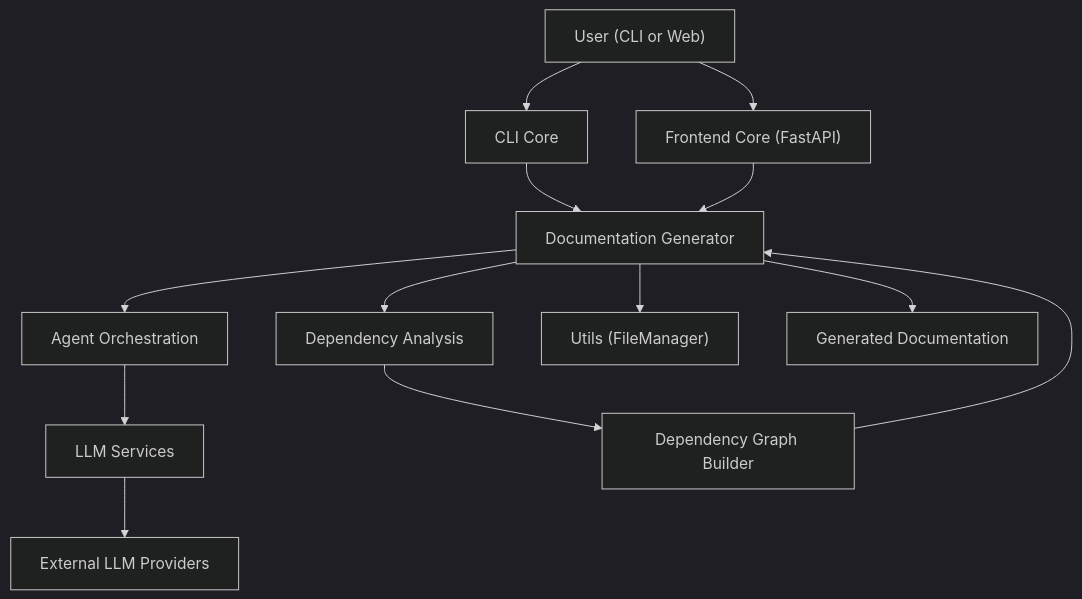
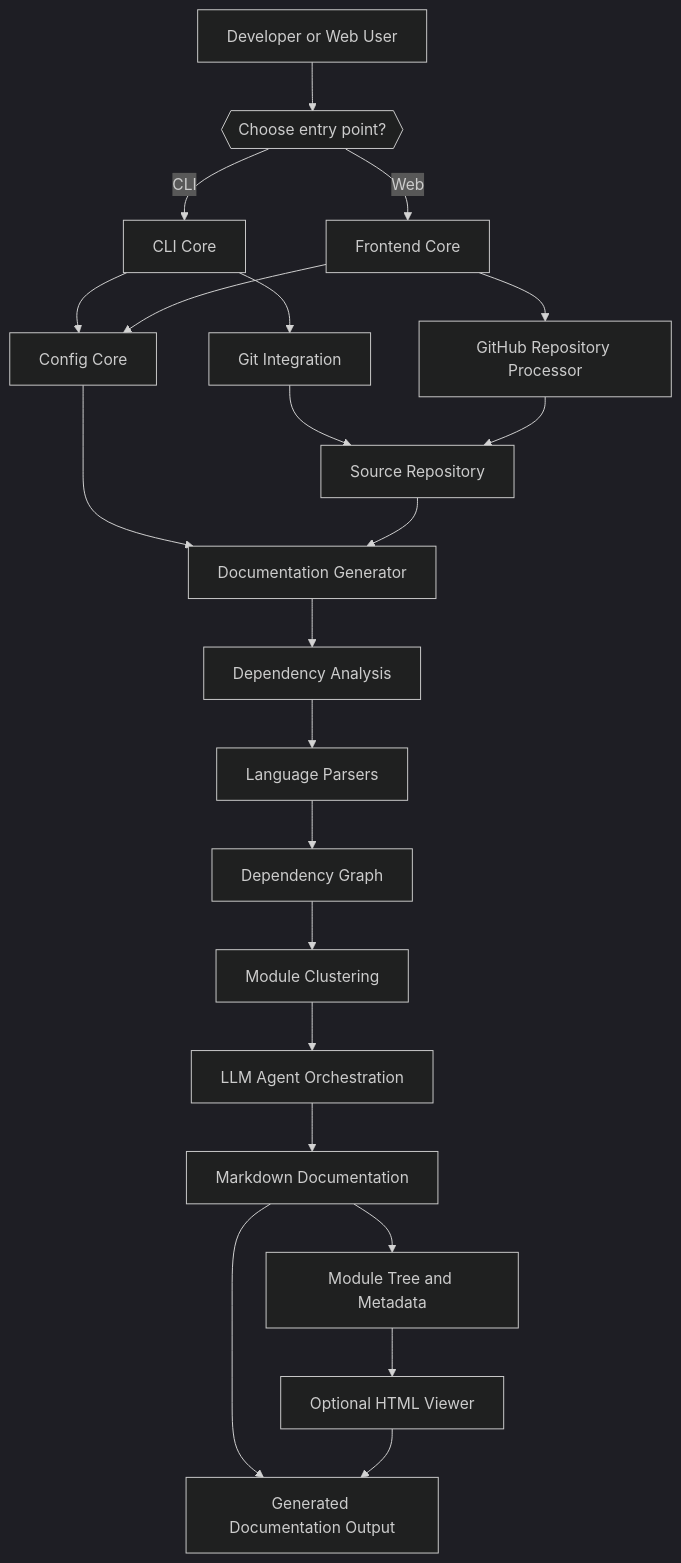
The diagram in README.md (flamingo-stack/CodeWiki), drawn with Mermaid (dark theme) before and after one commit. The commit also changed other lines of this file and 2 other files, not shown here.

Commit message:
docs: Stage 4 - Repository documentation (4 files) [skip ci]

````diff
--- a/README.md
+++ b/README.md
@@ -41,20 +114,31 @@
 ```mermaid
 flowchart TD
-    User["User (CLI or Web)"] --> CLICore["CLI Core"]
-    User --> FECore["Frontend Core (FastAPI)"]
+    User["Developer or Web User"] --> Entry{{"Choose entry point?"}}
+    Entry -->|CLI| CLI["CLI Core"]
+    Entry -->|Web| Frontend["Frontend Core"]
 
-    CLICore --> DocGen["Documentation Generator"]
-    FECore --> DocGen
+    CLI --> RuntimeConfig["Config Core"]
+    Frontend --> RuntimeConfig
 
-    DocGen --> DepAnalysis["Dependency Analysis"]
-    DocGen --> AgentOrch["Agent Orchestration"]
+    CLI --> GitOps["Git Integration"]
+    Frontend --> RepoProcessor["GitHub Repository Processor"]
 
-    AgentOrch --> LLMSvc["LLM Services"]
-    DepAnalysis --> GraphBuilder["Dependency Graph Builder"]
-    GraphBuilder --> DocGen
+    GitOps --> Source["Source Repository"]
+    RepoProcessor --> Source
 
-    DocGen --> Utils["Utils (FileManager)"]
-    DocGen --> Output["Generated Documentation"]
+    RuntimeConfig --> Generator["Documentation Generator"]
+    Source --> Generator
 
-    LLMSvc --> Provider["External LLM Providers"]
+    Generator --> Analysis["Dependency Analysis"]
+    Analysis --> Parsers["Language Parsers"]
+    Parsers --> Graph["Dependency Graph"]
+
+    Graph --> Clustering["Module Clustering"]
+    Clustering --> Agents["LLM Agent Orchestration"]
+    Agents --> Docs["Markdown Documentation"]
+
+    Docs --> Metadata["Module Tree and Metadata"]
+    Metadata --> HTML["Optional HTML Viewer"]
+    Docs --> Output["Generated Documentation Output"]
+    HTML --> Output
 ```
````
